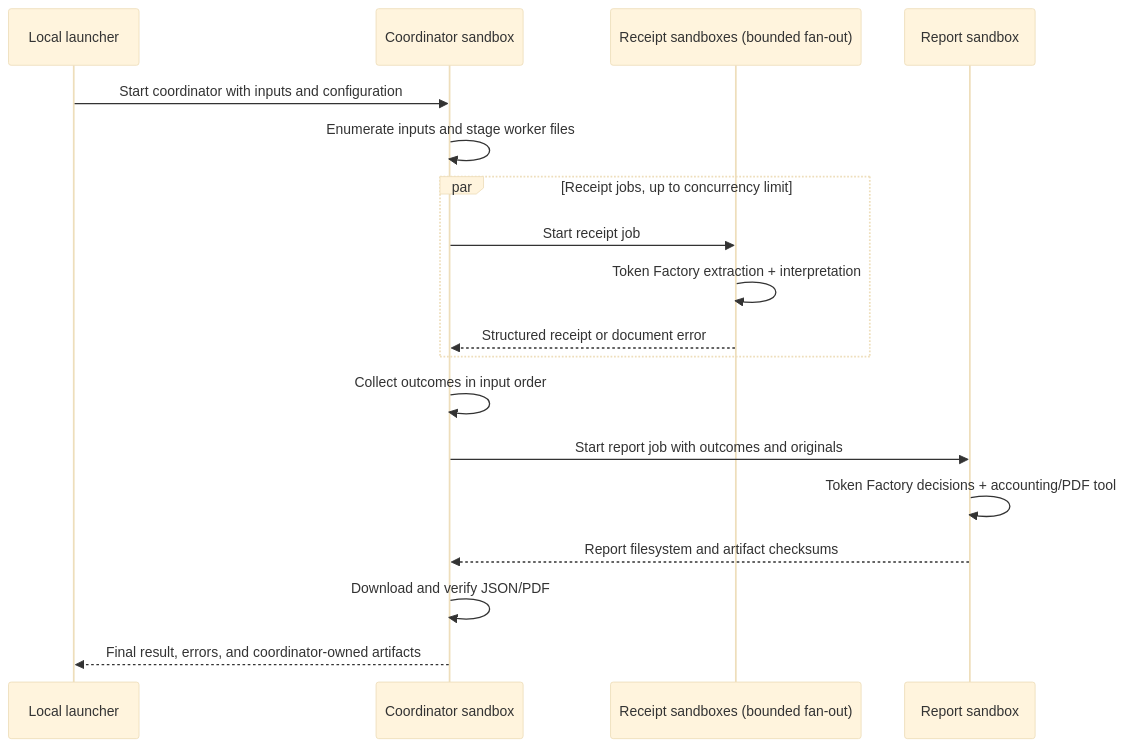
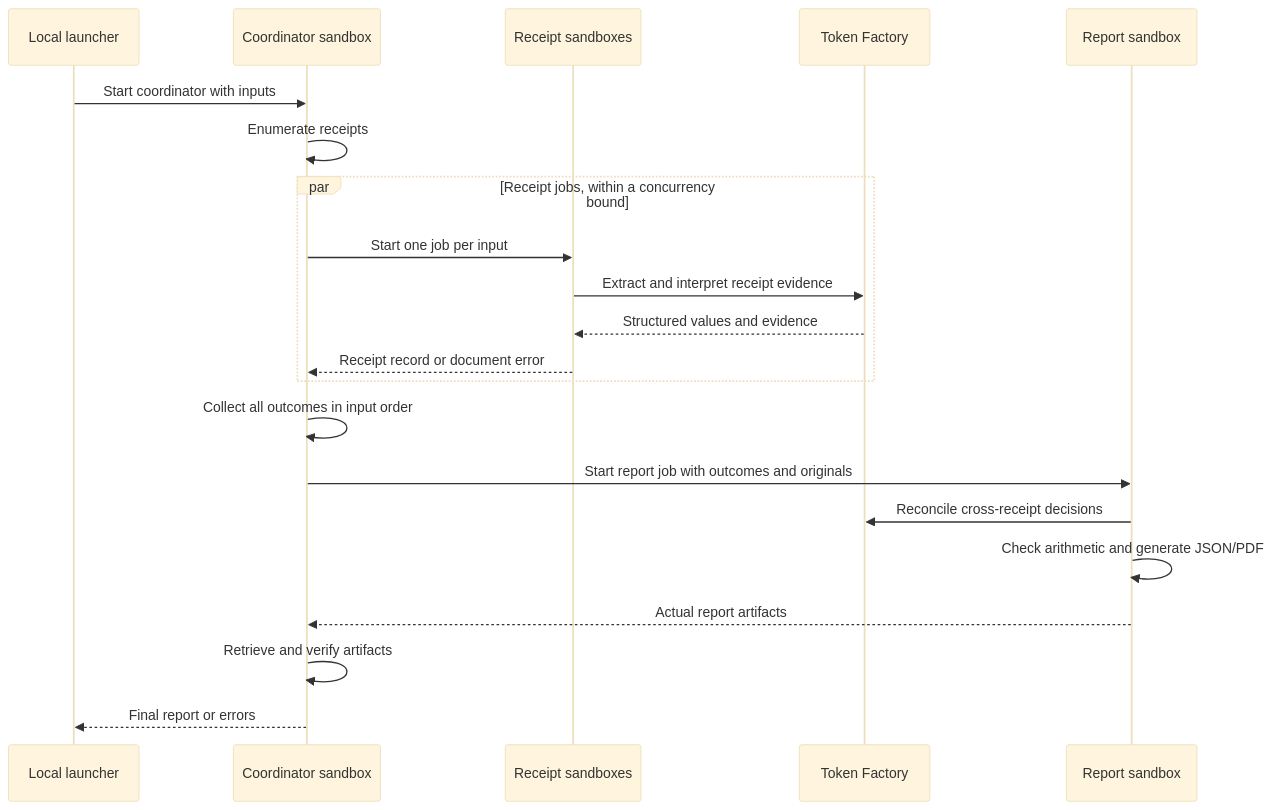
The diagram in docs/receipt-demo.md (kreuzhofer/nebius-token-factory-sandbox-demos), drawn with Mermaid (base theme) before and after one commit. The commit also changed other lines of this file and 26 other files, not shown here.

````diff
--- a/docs/receipt-demo.md
+++ b/docs/receipt-demo.md
@@ -45,20 +9,23 @@
 ```mermaid
 sequenceDiagram
     participant L as Local launcher
     participant C as Coordinator sandbox
-    participant W as Receipt sandboxes (bounded fan-out)
+    participant W as Receipt sandboxes
+    participant T as Token Factory
     participant R as Report sandbox
-    L->>C: Start coordinator with inputs and configuration
-    C->>C: Enumerate inputs and stage worker files
-    par Receipt jobs, up to concurrency limit
-        C->>W: Start receipt job
-        W->>W: Token Factory extraction + interpretation
-        W-->>C: Structured receipt or document error
+    L->>C: Start coordinator with inputs
+    C->>C: Enumerate receipts
+    par Receipt jobs, within a concurrency bound
+        C->>W: Start one job per input
+        W->>T: Extract and interpret receipt evidence
+        T-->>W: Structured values and evidence
+        W-->>C: Receipt record or document error
     end
-    C->>C: Collect outcomes in input order
+    C->>C: Collect all outcomes in input order
     C->>R: Start report job with outcomes and originals
-    R->>R: Token Factory decisions + accounting/PDF tool
-    R-->>C: Report filesystem and artifact checksums
-    C->>C: Download and verify JSON/PDF
-    C-->>L: Final result, errors, and coordinator-owned artifacts
+    R->>T: Reconcile cross-receipt decisions
+    R->>R: Check arithmetic and generate JSON/PDF
+    R-->>C: Actual report artifacts
+    C->>C: Retrieve and verify artifacts
+    C-->>L: Final report or errors
 ```
````
